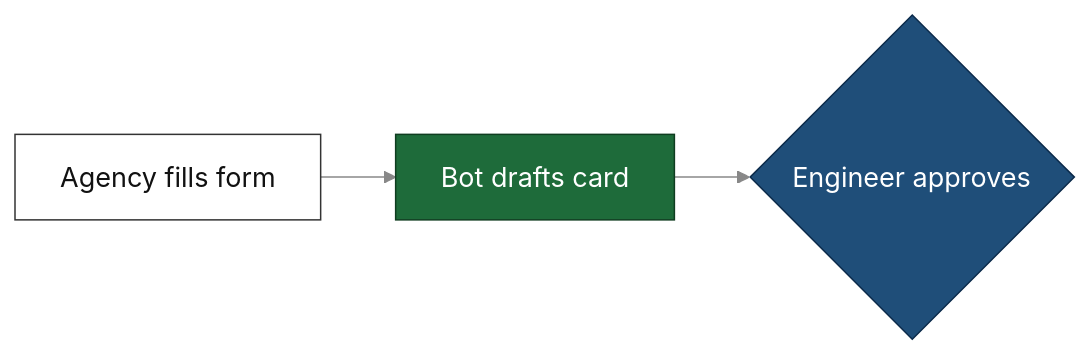
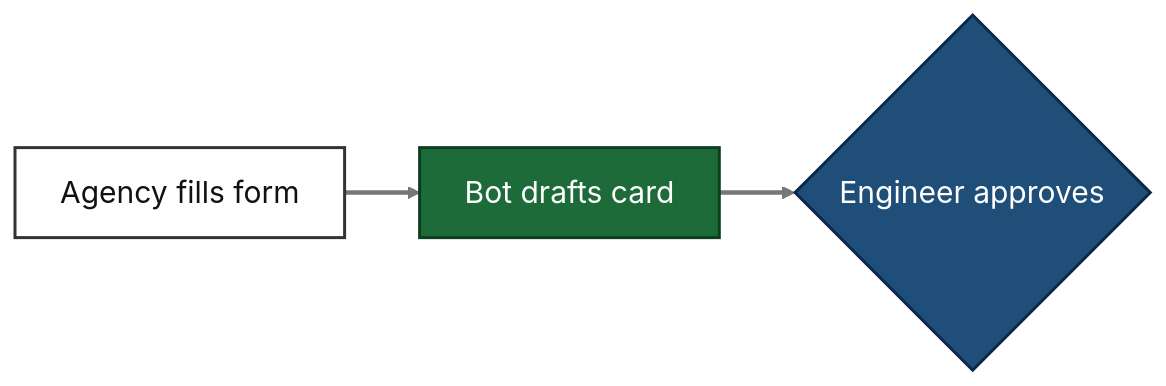
The diagram in monorepo/.claude/skills/presentation-deck/SKILL.md (kent-leow/code-agent-sop), drawn with Mermaid before and after one commit. The commit also changed other lines of this file and 11 other files, not shown here.

````diff
--- a/monorepo/.claude/skills/presentation-deck/SKILL.md
+++ b/monorepo/.claude/skills/presentation-deck/SKILL.md
@@ -73,10 +80,11 @@
 ```mermaid
-%%{init: {'theme':'base','themeVariables':{'fontSize':'18px','lineColor':'#888888','edgeLabelBackground':'#ffffff','primaryTextColor':'#111111'}}}%%
+%%{init: {'theme':'base','themeVariables':{'fontSize':'20px','lineColor':'#777777','edgeLabelBackground':'#ffffff','primaryTextColor':'#111111'}}}%%
 flowchart LR
   A[Agency fills form]:::neutral --> B[Bot drafts card]:::auto --> C{Engineer approves}:::human
-  classDef neutral fill:#ffffff,stroke:#333333,color:#111111
-  classDef auto fill:#1e6b3a,stroke:#0f3d20,color:#ffffff
-  classDef human fill:#1f4e79,stroke:#0b2a4a,color:#ffffff
-  classDef wait fill:#7a4f00,stroke:#4a3000,color:#ffffff
-  classDef risk fill:#9b1c1c,stroke:#5c0f0f,color:#ffffff
+  classDef neutral fill:#ffffff,stroke:#333333,stroke-width:2px,color:#111111
+  classDef auto fill:#1e6b3a,stroke:#0f3d20,stroke-width:2px,color:#ffffff
+  classDef human fill:#1f4e79,stroke:#0b2a4a,stroke-width:2px,color:#ffffff
+  classDef wait fill:#7a4f00,stroke:#4a3000,stroke-width:2px,color:#ffffff
+  classDef risk fill:#9b1c1c,stroke:#5c0f0f,stroke-width:2px,color:#ffffff
+  linkStyle default stroke:#777777,stroke-width:3px
 ```
````
